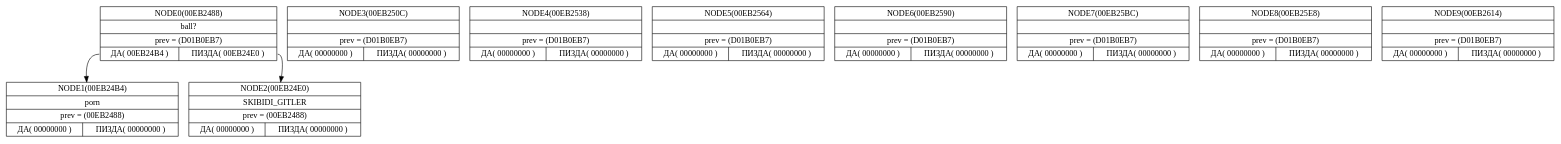
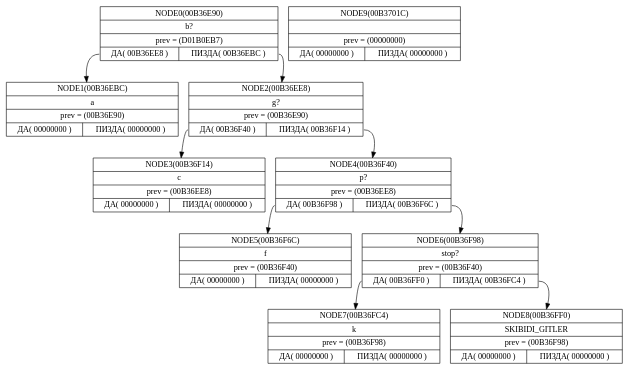
One commit to MalishTulen/DROCHINATOR changed the diagram in print.dot. Above: the diagram before and after it, drawn with Graphviz. The commit also changed 21 other files, not shown here.

```diff
--- a/print.dot
+++ b/print.dot
@@ -1,15 +1,21 @@
 digraph data{
 rankdir = TB;
-node00EB2488[ shape = record, label = " {<f0> NODE0(00EB2488) | <f1> ball? | <f2> prev = (D01B0EB7) | { <f3> ДА ( 00EB24B4 ) | <f4> ПИЗДА ( 00EB24E0 ) } } "];
-node00EB24B4[ shape = record, label = " {<f0> NODE1(00EB24B4) | <f1> porn | <f2> prev = (00EB2488) | { <f3> ДА ( 00000000 ) | <f4> ПИЗДА ( 00000000 ) } } "];
-node00EB24E0[ shape = record, label = " {<f0> NODE2(00EB24E0) | <f1> SKIBIDI_GITLER | <f2> prev = (00EB2488) | { <f3> ДА ( 00000000 ) | <f4> ПИЗДА ( 00000000 ) } } "];
-node00EB250C[ shape = record, label = " {<f0> NODE3(00EB250C) | <f1>  | <f2> prev = (D01B0EB7) | { <f3> ДА ( 00000000 ) | <f4> ПИЗДА ( 00000000 ) } } "];
-node00EB2538[ shape = record, label = " {<f0> NODE4(00EB2538) | <f1>  | <f2> prev = (D01B0EB7) | { <f3> ДА ( 00000000 ) | <f4> ПИЗДА ( 00000000 ) } } "];
-node00EB2564[ shape = record, label = " {<f0> NODE5(00EB2564) | <f1>  | <f2> prev = (D01B0EB7) | { <f3> ДА ( 00000000 ) | <f4> ПИЗДА ( 00000000 ) } } "];
-node00EB2590[ shape = record, label = " {<f0> NODE6(00EB2590) | <f1>  | <f2> prev = (D01B0EB7) | { <f3> ДА ( 00000000 ) | <f4> ПИЗДА ( 00000000 ) } } "];
-node00EB25BC[ shape = record, label = " {<f0> NODE7(00EB25BC) | <f1>  | <f2> prev = (D01B0EB7) | { <f3> ДА ( 00000000 ) | <f4> ПИЗДА ( 00000000 ) } } "];
-node00EB25E8[ shape = record, label = " {<f0> NODE8(00EB25E8) | <f1>  | <f2> prev = (D01B0EB7) | { <f3> ДА ( 00000000 ) | <f4> ПИЗДА ( 00000000 ) } } "];
-node00EB2614[ shape = record, label = " {<f0> NODE9(00EB2614) | <f1>  | <f2> prev = (D01B0EB7) | { <f3> ДА ( 00000000 ) | <f4> ПИЗДА ( 00000000 ) } } "];
-node00EB2488:<f3>->node00EB24B4
-node00EB2488:<f4>->node00EB24E0
+node00B36E90[ shape = record, label = " {<f0> NODE0(00B36E90) | <f1> b? | <f2> prev = (D01B0EB7) | { <f3> ДА ( 00B36EE8 ) | <f4> ПИЗДА ( 00B36EBC ) } } "];
+node00B36EBC[ shape = record, label = " {<f0> NODE1(00B36EBC) | <f1> a | <f2> prev = (00B36E90) | { <f3> ДА ( 00000000 ) | <f4> ПИЗДА ( 00000000 ) } } "];
+node00B36EE8[ shape = record, label = " {<f0> NODE2(00B36EE8) | <f1> g? | <f2> prev = (00B36E90) | { <f3> ДА ( 00B36F40 ) | <f4> ПИЗДА ( 00B36F14 ) } } "];
+node00B36F14[ shape = record, label = " {<f0> NODE3(00B36F14) | <f1> c | <f2> prev = (00B36EE8) | { <f3> ДА ( 00000000 ) | <f4> ПИЗДА ( 00000000 ) } } "];
+node00B36F40[ shape = record, label = " {<f0> NODE4(00B36F40) | <f1> p? | <f2> prev = (00B36EE8) | { <f3> ДА ( 00B36F98 ) | <f4> ПИЗДА ( 00B36F6C ) } } "];
+node00B36F6C[ shape = record, label = " {<f0> NODE5(00B36F6C) | <f1> f | <f2> prev = (00B36F40) | { <f3> ДА ( 00000000 ) | <f4> ПИЗДА ( 00000000 ) } } "];
+node00B36F98[ shape = record, label = " {<f0> NODE6(00B36F98) | <f1> stop? | <f2> prev = (00B36F40) | { <f3> ДА ( 00B36FF0 ) | <f4> ПИЗДА ( 00B36FC4 ) } } "];
+node00B36FC4[ shape = record, label = " {<f0> NODE7(00B36FC4) | <f1> k | <f2> prev = (00B36F98) | { <f3> ДА ( 00000000 ) | <f4> ПИЗДА ( 00000000 ) } } "];
+node00B36FF0[ shape = record, label = " {<f0> NODE8(00B36FF0) | <f1> SKIBIDI_GITLER | <f2> prev = (00B36F98) | { <f3> ДА ( 00000000 ) | <f4> ПИЗДА ( 00000000 ) } } "];
+node00B3701C[ shape = record, label = " {<f0> NODE9(00B3701C) | <f1>  | <f2> prev = (00000000) | { <f3> ДА ( 00000000 ) | <f4> ПИЗДА ( 00000000 ) } } "];
+node00B36E90:<f3>->node00B36EBC
+node00B36E90:<f4>->node00B36EE8
+node00B36EE8:<f3>->node00B36F14
+node00B36EE8:<f4>->node00B36F40
+node00B36F40:<f3>->node00B36F6C
+node00B36F40:<f4>->node00B36F98
+node00B36F98:<f3>->node00B36FC4
+node00B36F98:<f4>->node00B36FF0
 }
```
